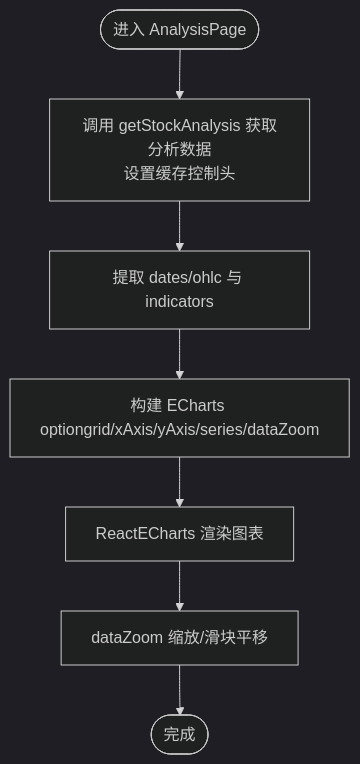
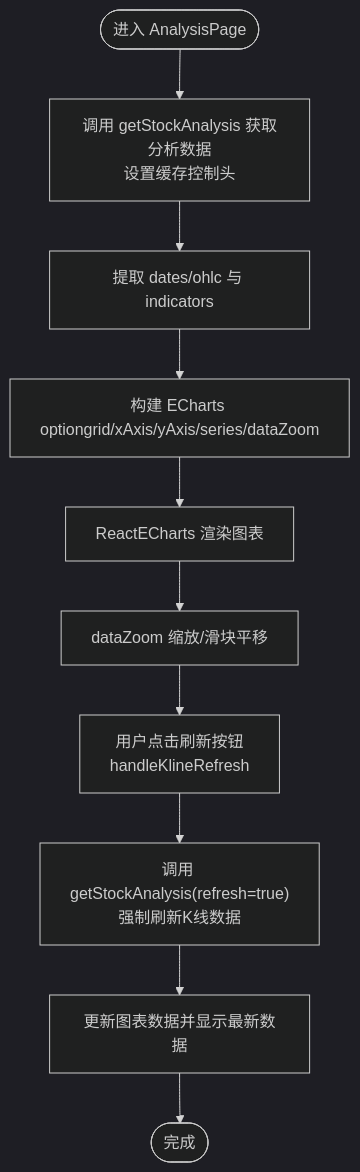
One commit to Moruime/stock_foker changed the third of 8 diagrams in .qoder/repowiki/zh/content/核心功能/技术面分析系统/图表展示集成.md. Above: the diagram before and after it, drawn with Mermaid (dark theme). The commit also changed other lines of this file and 16 other files, not shown here.

````diff
--- a/.qoder/repowiki/zh/content/核心功能/技术面分析系统/图表展示集成.md
+++ b/.qoder/repowiki/zh/content/核心功能/技术面分析系统/图表展示集成.md
@@ -161,9 +177,12 @@
 ```mermaid
 flowchart TD
 Start(["进入 AnalysisPage"]) --> Fetch["调用 getStockAnalysis 获取分析数据<br/>设置缓存控制头"]
 Fetch --> Prepare["提取 dates/ohlc 与 indicators"]
 Prepare --> BuildOpt["构建 ECharts optiongrid/xAxis/yAxis/series/dataZoom"]
 BuildOpt --> Render["ReactECharts 渲染图表"]
 Render --> Interact["dataZoom 缩放/滑块平移"]
-Interact --> End(["完成"])
+Interact --> Refresh["用户点击刷新按钮<br/>handleKlineRefresh"]
+Refresh --> ForceFetch["调用 getStockAnalysis(refresh=true)<br/>强制刷新K线数据"]
+ForceFetch --> UpdateChart["更新图表数据并显示最新数据"]
+UpdateChart --> End(["完成"])
 ```
````
